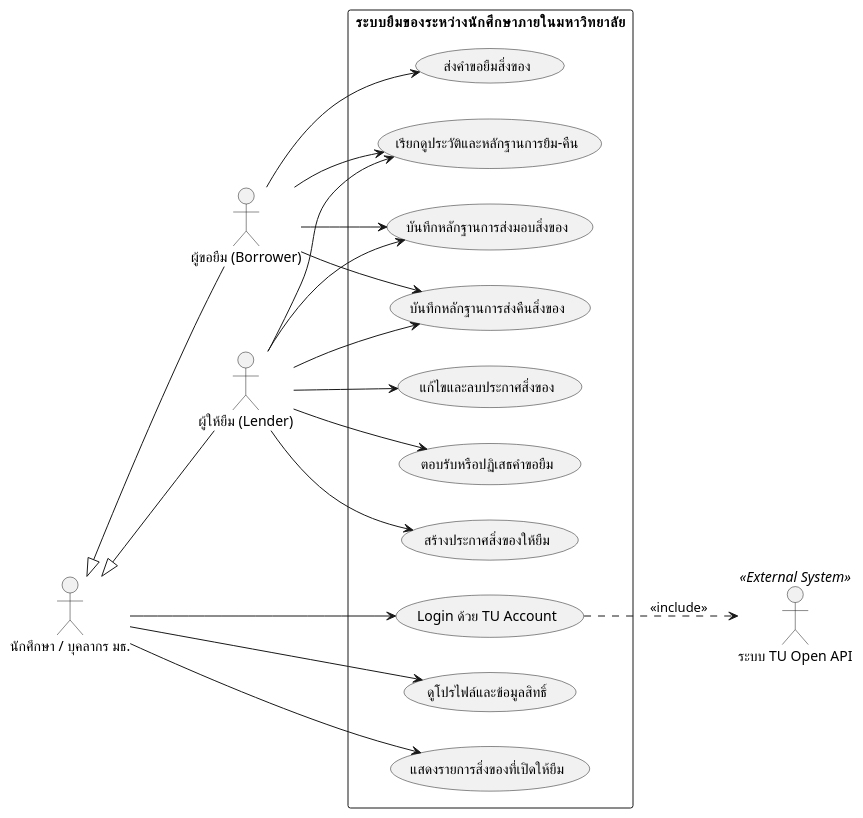
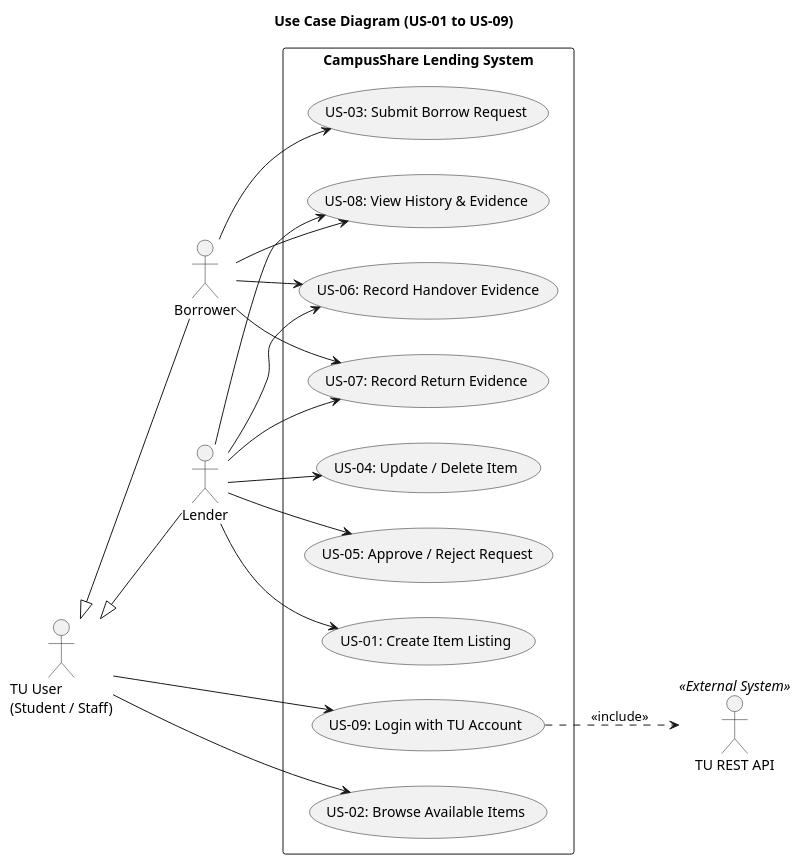
Before and after one commit to nrokariw/CS261_G06: the diagram in docs/project/uml/useCase.puml, drawn with PlantUML. The commit also changed 16 other files, not shown here.

Commit message:
docs(uml): add DFD diagrams and simplify US-01 to US-09 UML diagrams in English

```diff
--- a/docs/project/uml/useCase.puml
+++ b/docs/project/uml/useCase.puml
@@ -1,51 +1,41 @@
 @startuml
+title Use Case Diagram (US-01 to US-09)
 left to right direction
 skinparam packageStyle rectangle
 
-actor "นักศึกษา / บุคลากร มธ." as User
-actor "ผู้ขอยืม (Borrower)" as Borrower
-actor "ผู้ให้ยืม (Lender)" as Lender
-actor "ระบบ TU Open API" as TUAPI <<External System>>
+actor "TU User\n(Student / Staff)" as User
+actor Borrower
+actor Lender
+actor "TU REST API" as TUAPI <<External System>>
 
 User <|-- Borrower
 User <|-- Lender
 
-rectangle "ระบบยืมของระหว่างนักศึกษาภายในมหาวิทยาลัย" {
-  usecase "Login ด้วย TU Account" as UC_Login
-  usecase "ดูโปรไฟล์และข้อมูลสิทธิ์" as UC_Profile
-  
-  usecase "สร้างประกาศสิ่งของให้ยืม" as UC_CreateItem
-  usecase "แก้ไขและลบประกาศสิ่งของ" as UC_ManageItem
-  usecase "แสดงรายการสิ่งของที่เปิดให้ยืม" as UC_BrowseItems
-  
-  usecase "ส่งคำขอยืมสิ่งของ" as UC_RequestBorrow
-  usecase "ตอบรับหรือปฏิเสธคำขอยืม" as UC_RespondRequest
-  
-  usecase "บันทึกหลักฐานการส่งมอบสิ่งของ" as UC_HandoverEvidence
-  usecase "บันทึกหลักฐานการส่งคืนสิ่งของ" as UC_ReturnEvidence
-  usecase "เรียกดูประวัติและหลักฐานการยืม-คืน" as UC_ViewHistory
+rectangle "CampusShare Lending System" {
+  usecase "US-09: Login with TU Account" as UC_Login
+  usecase "US-01: Create Item Listing" as UC_Create
+  usecase "US-02: Browse Available Items" as UC_Browse
+  usecase "US-04: Update / Delete Item" as UC_Manage
+  usecase "US-03: Submit Borrow Request" as UC_Request
+  usecase "US-05: Approve / Reject Request" as UC_Respond
+  usecase "US-06: Record Handover Evidence" as UC_Handover
+  usecase "US-07: Record Return Evidence" as UC_Return
+  usecase "US-08: View History & Evidence" as UC_History
 }
 
-' Login dependencies
 User --> UC_Login
 UC_Login ..> TUAPI : <<include>>
-User --> UC_Profile
+User --> UC_Browse
 
-' Browse & Manage items
-User --> UC_BrowseItems
-Lender --> UC_CreateItem
-Lender --> UC_ManageItem
+Lender --> UC_Create
+Lender --> UC_Manage
+Lender --> UC_Respond
+Lender --> UC_Handover
+Lender --> UC_Return
+Lender --> UC_History
 
-' Borrow Workflow
-Borrower --> UC_RequestBorrow
-Lender --> UC_RespondRequest
-
-' Evidence & History
-Lender --> UC_HandoverEvidence
-Borrower --> UC_HandoverEvidence
-Lender --> UC_ReturnEvidence
-Borrower --> UC_ReturnEvidence
-
-Borrower --> UC_ViewHistory
-Lender --> UC_ViewHistory
+Borrower --> UC_Request
+Borrower --> UC_Handover
+Borrower --> UC_Return
+Borrower --> UC_History
 @enduml
```
